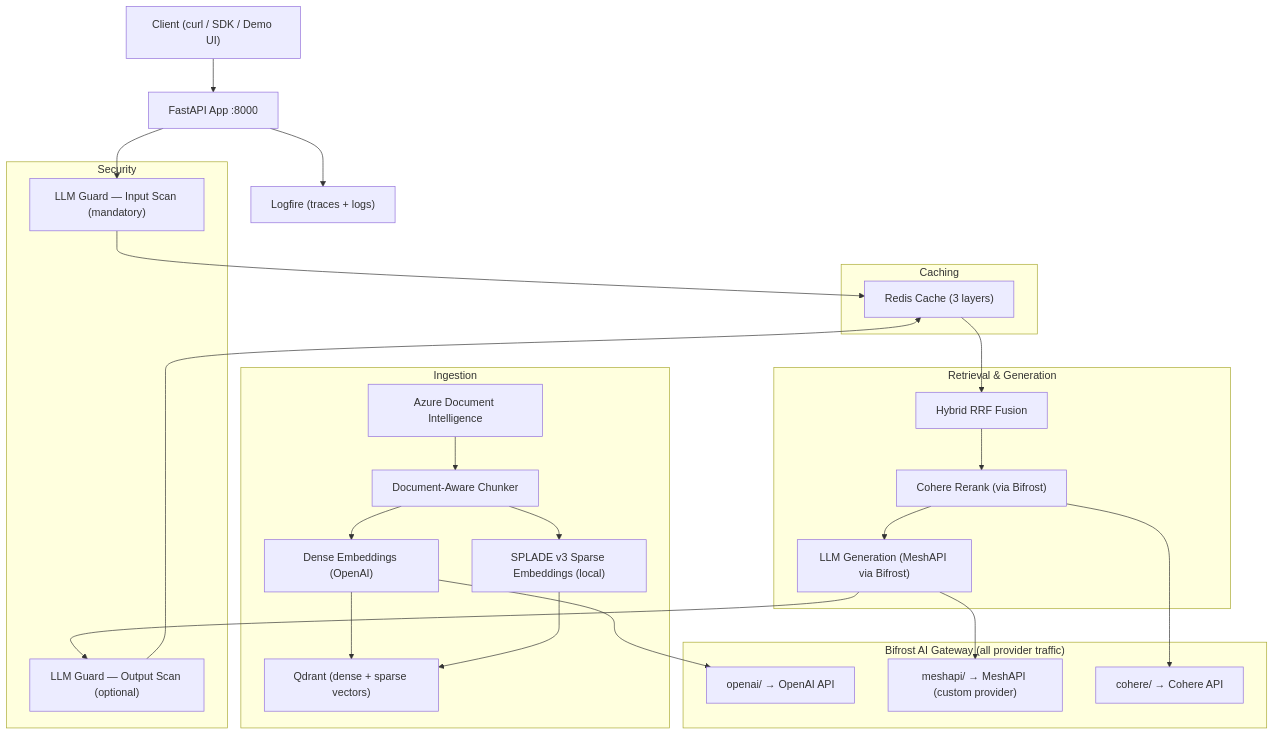
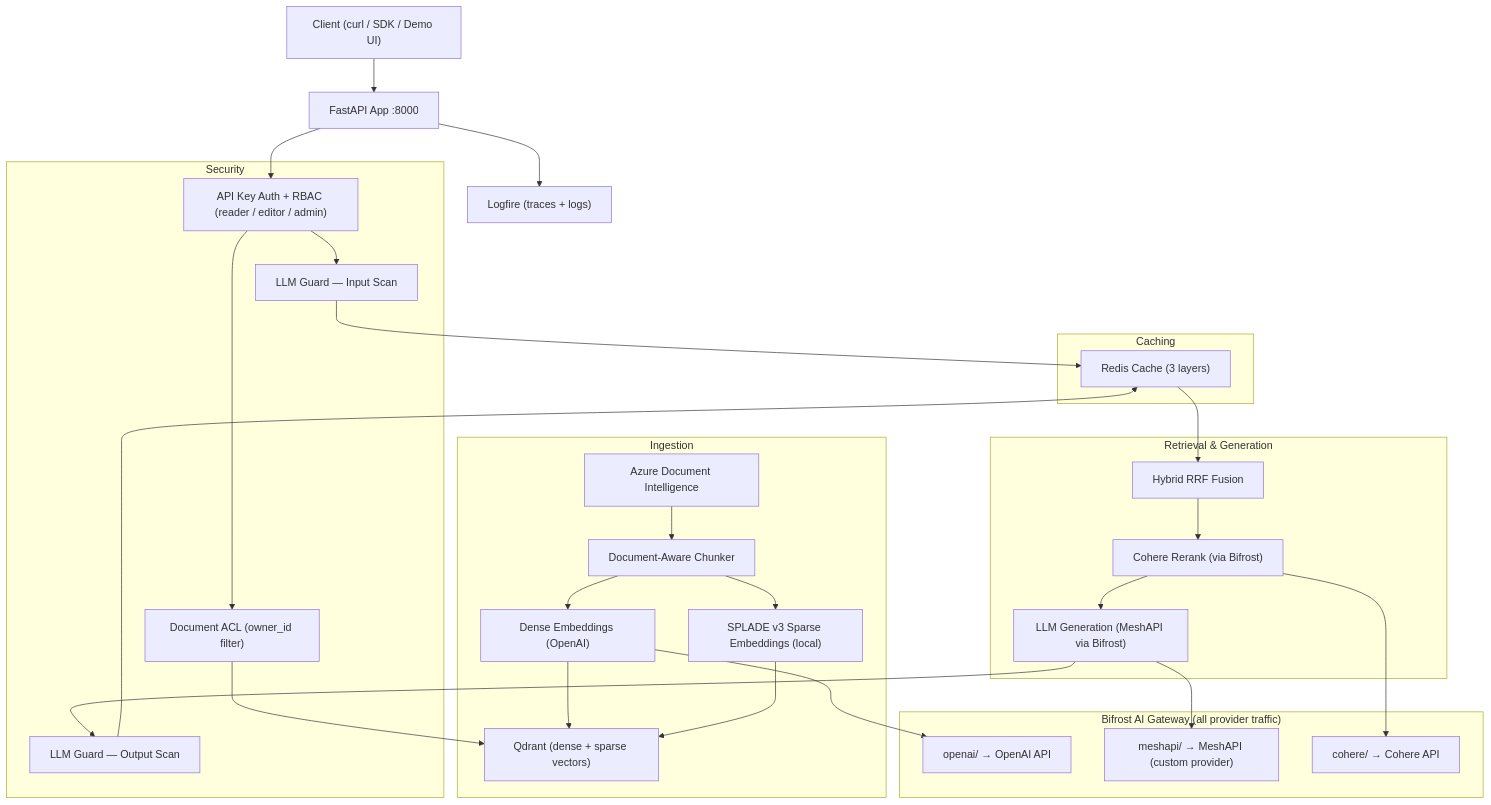
Before and after one commit to Murtuzasaifee/RAG-Hackathon: the diagram in README.md, drawn with Mermaid. The commit also changed other lines of this file, not shown here.

````diff
--- a/README.md
+++ b/README.md
@@ -11,48 +11,53 @@
 ```mermaid
 graph TB
     Client["Client (curl / SDK / Demo UI)"]
     App["FastAPI App :8000"]
     Logfire["Logfire (traces + logs)"]
 
     subgraph Ingestion
         ADI["Azure Document Intelligence"]
         Chunker["Document-Aware Chunker"]
         DenseEmb["Dense Embeddings (OpenAI)"]
         SparseEmb["SPLADE v3 Sparse Embeddings (local)"]
         Qdrant["Qdrant (dense + sparse vectors)"]
     end
 
     subgraph Retrieval & Generation
         Hybrid["Hybrid RRF Fusion"]
         Reranker["Cohere Rerank (via Bifrost)"]
         Generator["LLM Generation (MeshAPI via Bifrost)"]
     end
 
     subgraph Security
-        GuardIn["LLM Guard — Input Scan (mandatory)"]
-        GuardOut["LLM Guard — Output Scan (optional)"]
+        Auth["API Key Auth + RBAC (reader / editor / admin)"]
+        ACL["Document ACL (owner_id filter)"]
+        GuardIn["LLM Guard — Input Scan"]
+        GuardOut["LLM Guard — Output Scan"]
     end
 
     subgraph Caching
         Redis["Redis Cache (3 layers)"]
     end
 
     subgraph Bifrost["Bifrost AI Gateway (all provider traffic)"]
         BifrostOpenAI["openai/ → OpenAI API"]
         BifrostMeshAPI["meshapi/ → MeshAPI (custom provider)"]
         BifrostCohere["cohere/ → Cohere API"]
     end
 
     Client --> App
-    App --> GuardIn
+    App --> Auth
+    Auth --> GuardIn
+    Auth --> ACL
     GuardIn --> Redis
     Redis --> Hybrid
     ADI --> Chunker --> DenseEmb --> Qdrant
     Chunker --> SparseEmb --> Qdrant
     Hybrid --> Reranker --> Generator --> GuardOut
     GuardOut --> Redis
     DenseEmb --> BifrostOpenAI
     Reranker --> BifrostCohere
     Generator --> BifrostMeshAPI
+    ACL --> Qdrant
     App --> Logfire
 ```
````
